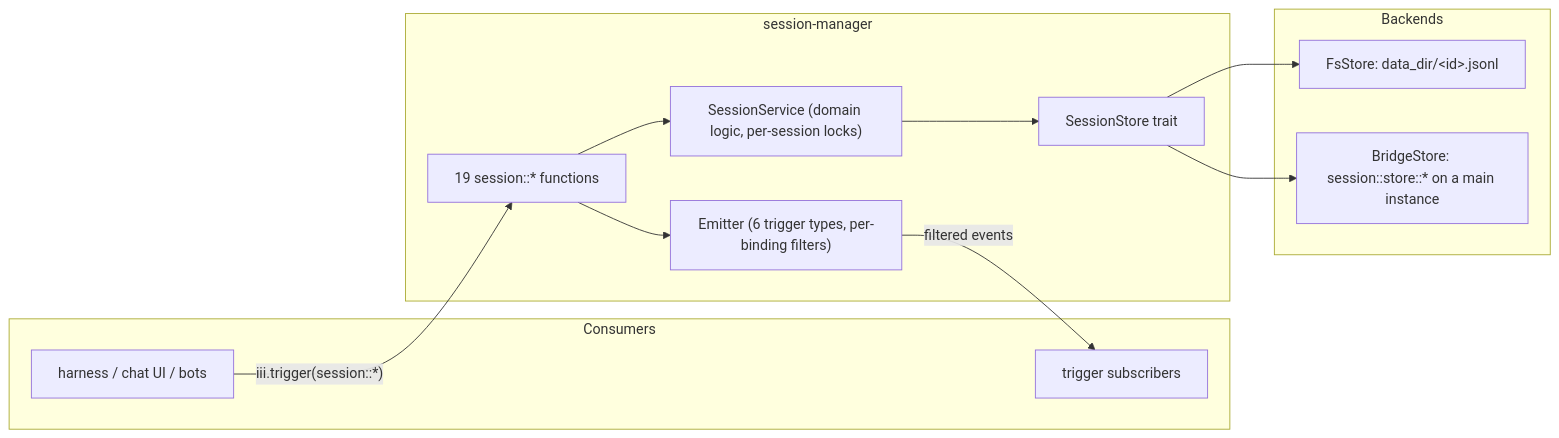
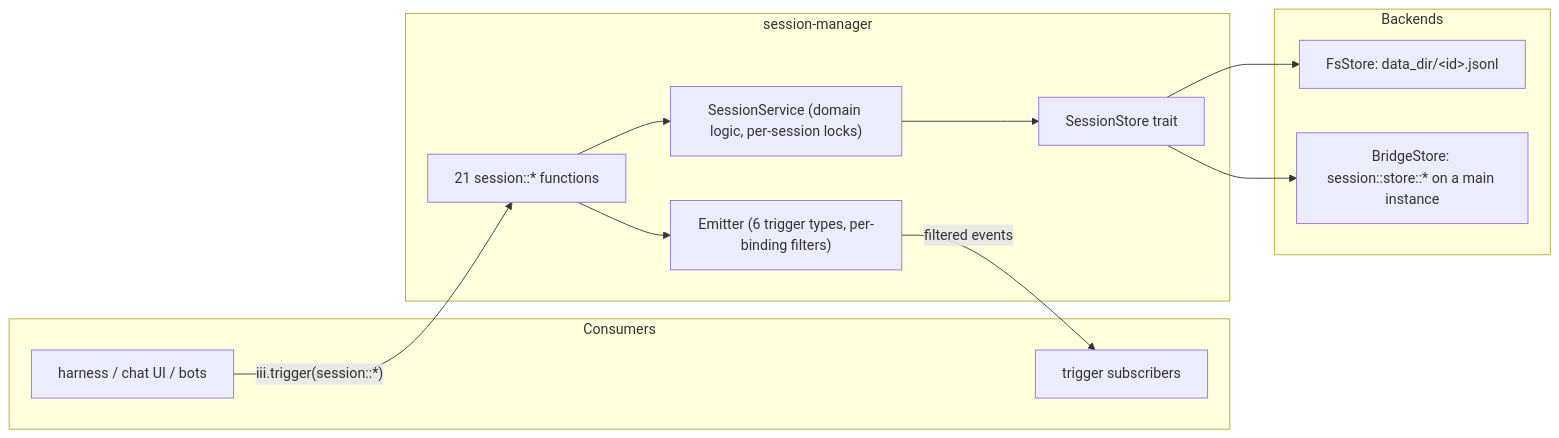
One commit to iii-hq/workers changed the diagram in session-manager/architecture/README.md. Above: the diagram before and after it, drawn with Mermaid. The commit also changed 45 other files, not shown here.

````diff
--- a/session-manager/architecture/README.md
+++ b/session-manager/architecture/README.md
@@ -39,22 +39,22 @@
 ```mermaid
 flowchart LR
   subgraph consumers [Consumers]
     harness[harness / chat UI / bots]
     subs[trigger subscribers]
   end
   subgraph worker [session-manager]
-    fns["19 session::* functions"]
+    fns["21 session::* functions"]
     svc["SessionService (domain logic, per-session locks)"]
     emit["Emitter (6 trigger types, per-binding filters)"]
     storeTrait[SessionStore trait]
   end
   subgraph backends [Backends]
     fsStore["FsStore: data_dir/&lt;id&gt;.jsonl"]
     bridgeStore["BridgeStore: session::store::* on a main instance"]
   end
   harness -->|"iii.trigger(session::*)"| fns
   fns --> svc --> storeTrait
   storeTrait --> fsStore
   storeTrait --> bridgeStore
   fns --> emit -->|"filtered events"| subs
 ```
````
